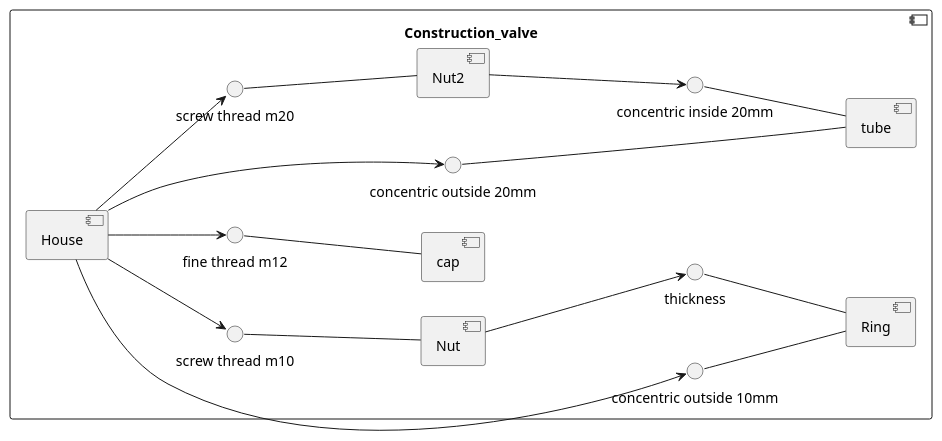
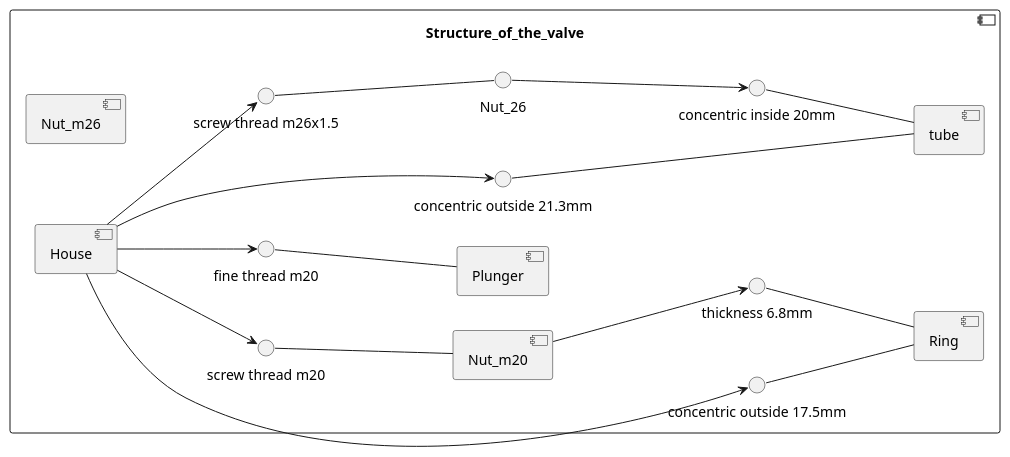
Before and after one commit to Timon14kraan/Project-Proces-and-Safety: the second of 2 diagrams in src/Introduction.md, drawn with PlantUML. The commit also changed 4 other files, not shown here.

````diff
--- a/src/Introduction.md
+++ b/src/Introduction.md
@@ -63,39 +64,37 @@
 ```plantuml
 @startuml Process_and_Safety
 skinparam backgroundColor transparent
 left to right direction
 'skinparam linetype ortho
 
-component Construction_valve {
+component Structure_of_the_valve {
     
     [Ring]
-    () "concentric outside 10mm" -- Ring
-    () "thickness" -- Ring
+    () "concentric outside 17.5mm" -- Ring
+    () "thickness 6.8mm" -- Ring
 
-    [Nut]
-    () "screw thread m10" -- Nut
-    Nut --> "thickness"
+    [Nut_m20]
+    () "screw thread m20" -- Nut_m20
+    Nut_m20 --> "thickness 6.8mm"
 
-    [cap]
-    () "fine thread m12" -- cap
+    [Plunger]
+    () "fine thread m20" -- Plunger
 
     [tube]
-    () "concentric outside 20mm" -- tube
+    () "concentric outside 21.3mm" -- tube
     () "concentric inside 20mm" -- tube
 
-    [Nut2]
-    () "screw thread m20" -- Nut2
-     Nut2 --> "concentric inside 20mm"
-
+    [Nut_m26]
+    () "screw thread m26x1.5" -- Nut_26
+     Nut_26 --> "concentric inside 20mm"
 
     [House]
-    House --> "concentric outside 10mm"
-    House --> "screw thread m10"
-    House --> "concentric outside 20mm"
+    House --> "concentric outside 17.5mm"
     House --> "screw thread m20"
-    House --> "fine thread m12"
-    
+    House --> "concentric outside 21.3mm"
+    House --> "screw thread m26x1.5"
+    House --> "fine thread m20"
 }
 
 @enduml
 ```
````
